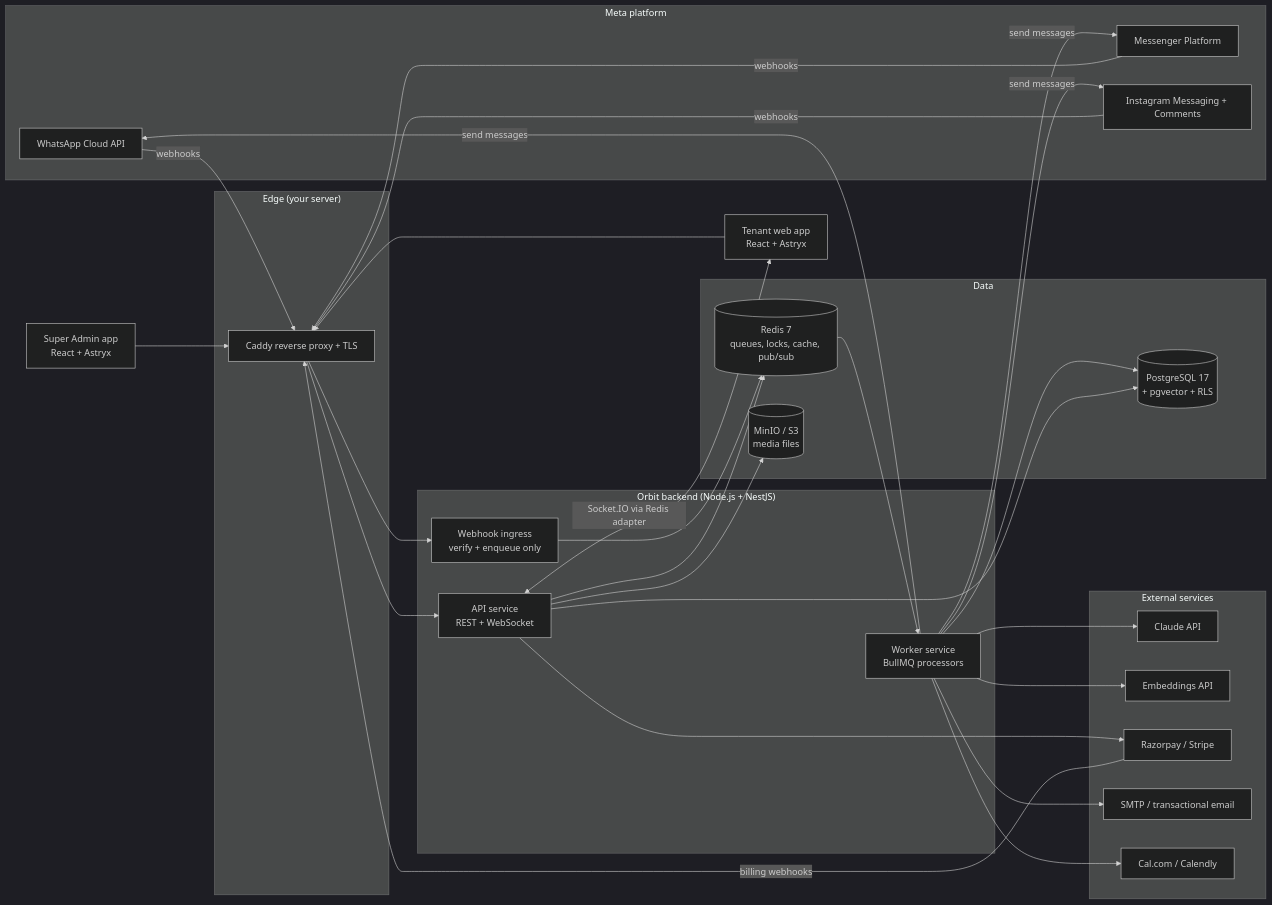
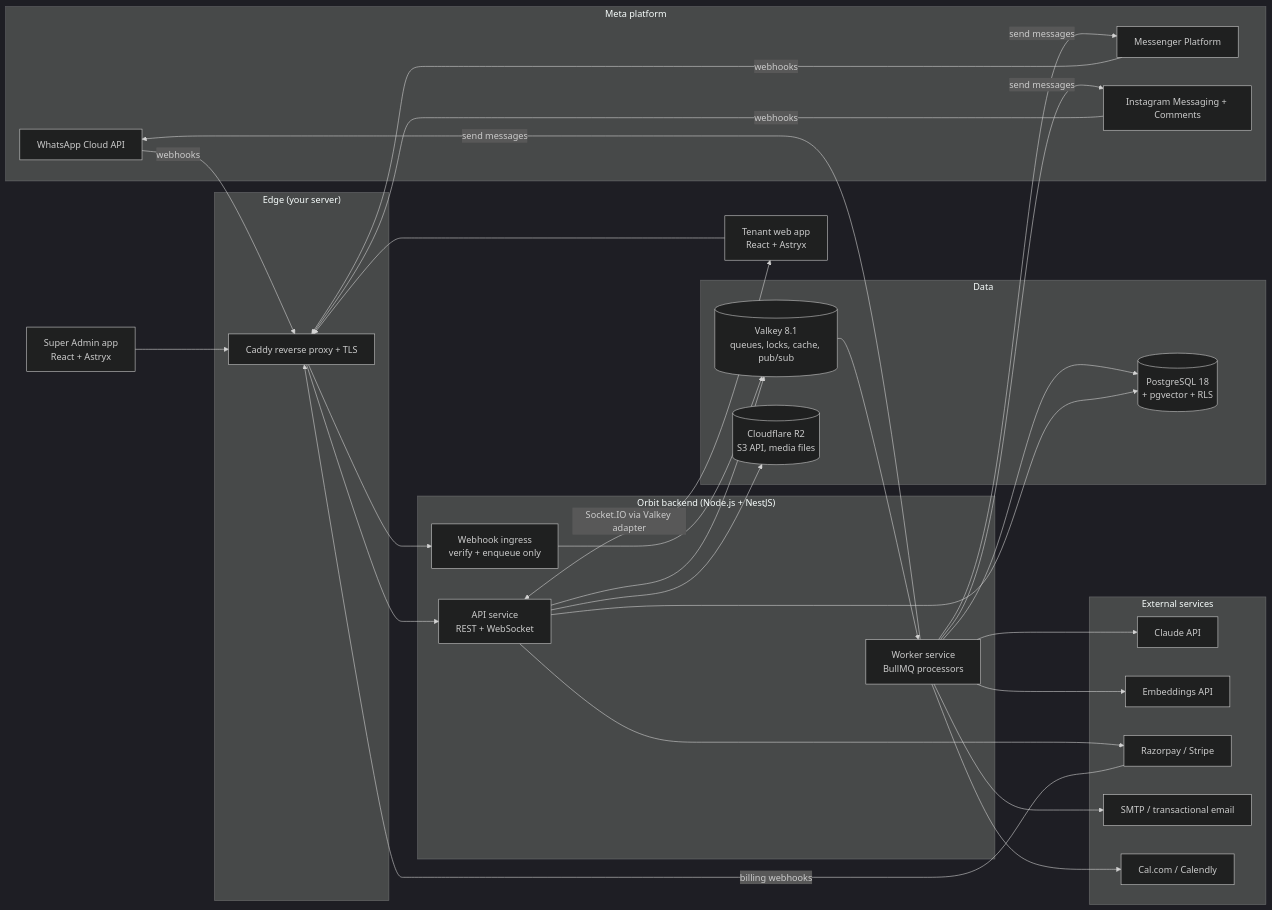
One commit to Maulik-008/Setubandh-AI changed the first of 4 diagrams in docs/requirements.md. Above: the diagram before and after it, drawn with Mermaid (dark theme). The commit also changed other lines of this file and 8 other files, not shown here.

````diff
--- a/docs/requirements.md
+++ b/docs/requirements.md
@@ -169,47 +169,47 @@
 ```mermaid
 flowchart LR
   subgraph Meta["Meta platform"]
     WA[WhatsApp Cloud API]
     MSG[Messenger Platform]
     IG[Instagram Messaging + Comments]
   end
 
   subgraph Edge["Edge (your server)"]
     PX[Caddy reverse proxy + TLS]
   end
 
   subgraph App["Orbit backend (Node.js + NestJS)"]
     API[API service<br/>REST + WebSocket]
     HOOK[Webhook ingress<br/>verify + enqueue only]
     WRK[Worker service<br/>BullMQ processors]
   end
 
   subgraph Data["Data"]
-    PG[(PostgreSQL 17<br/>+ pgvector + RLS)]
-    RD[(Redis 7<br/>queues, locks, cache, pub/sub)]
-    S3[(MinIO / S3<br/>media files)]
+    PG[(PostgreSQL 18<br/>+ pgvector + RLS)]
+    RD[(Valkey 8.1<br/>queues, locks, cache, pub/sub)]
+    S3[(Cloudflare R2<br/>S3 API, media files)]
   end
 
   subgraph Ext["External services"]
     CL[Claude API]
     EMB[Embeddings API]
     PAY[Razorpay / Stripe]
     MAIL[SMTP / transactional email]
     CAL[Cal.com / Calendly]
   end
 
   WEB[Tenant web app<br/>React + Astryx]
   ADM[Super Admin app<br/>React + Astryx]
 
   WA & MSG & IG -->|webhooks| PX --> HOOK --> RD
   RD --> WRK
   WRK --> PG
   WRK -->|send messages| WA & MSG & IG
   WRK --> CL & EMB & CAL
   WEB & ADM --> PX --> API
   API --> PG & RD & S3
   API --> PAY
   WRK --> MAIL
   PAY -->|billing webhooks| PX
-  API <-->|Socket.IO via Redis adapter| WEB
+  API <-->|Socket.IO via Valkey adapter| WEB
 ```
````
